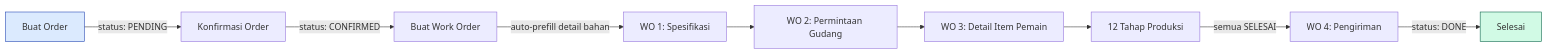
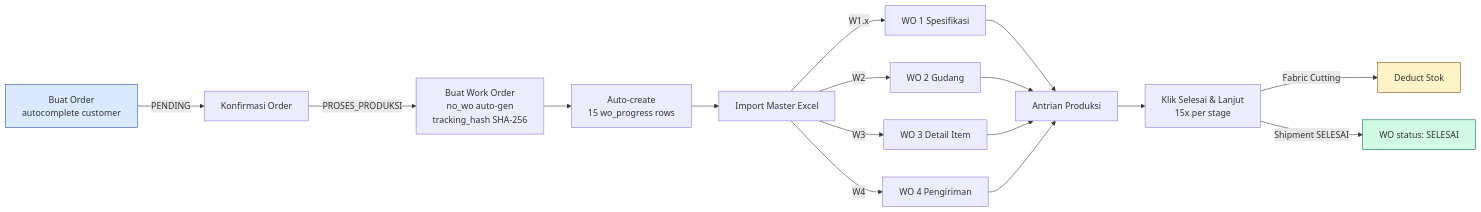
One commit to EzraNahumury/web_crm changed the third of 8 diagrams in README.md. Above: the diagram before and after it, drawn with Mermaid. The commit also changed other lines of this file, not shown here.

````diff
--- a/README.md
+++ b/README.md
@@ -185,14 +274,20 @@
 ```mermaid
 flowchart LR
-    A[Buat Order] -->|status: PENDING| B[Konfirmasi Order]
-    B -->|status: CONFIRMED| C[Buat Work Order]
-    C -->|auto-prefill detail bahan| D[WO 1: Spesifikasi]
-    D --> E[WO 2: Permintaan Gudang]
-    E --> F[WO 3: Detail Item Pemain]
-    F --> G[12 Tahap Produksi]
-    G -->|semua SELESAI| H[WO 4: Pengiriman]
-    H -->|status: DONE| I[Selesai]
+    A[Buat Order<br/>autocomplete customer] -->|PENDING| B[Konfirmasi Order]
+    B -->|PROSES_PRODUKSI| C[Buat Work Order<br/>no_wo auto-gen<br/>tracking_hash SHA-256]
+    C --> D[Auto-create<br/>15 wo_progress rows]
+    D --> E[Import Master Excel]
+    E -->|W1.x| F1[WO 1 Spesifikasi]
+    E -->|W2| F2[WO 2 Gudang]
+    E -->|W3| F3[WO 3 Detail Item]
+    E -->|W4| F4[WO 4 Pengiriman]
+
+    F1 & F2 & F3 & F4 --> G[Antrian Produksi]
+    G --> H[Klik Selesai & Lanjut<br/>15x per stage]
+    H -->|Fabric Cutting| I[Deduct Stok]
+    H -->|Shipment SELESAI| J[WO status: SELESAI]
 
     style A fill:#dbeafe,stroke:#1e40af
-    style I fill:#d1fae5,stroke:#065f46
+    style J fill:#d1fae5,stroke:#065f46
+    style I fill:#fef3c7,stroke:#92400e
 ```
````
